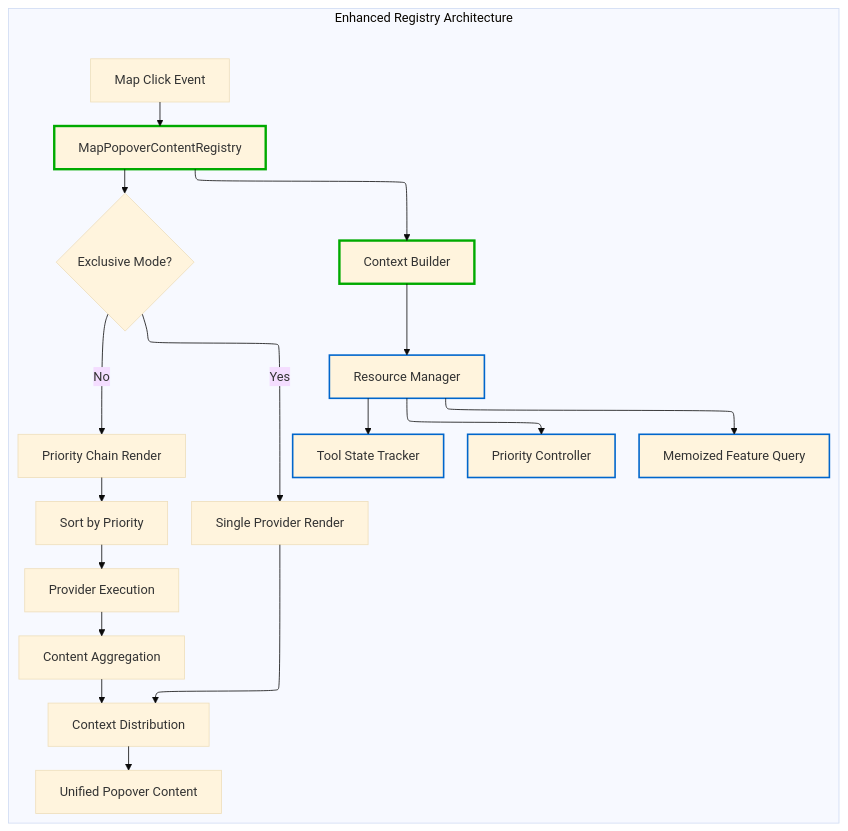
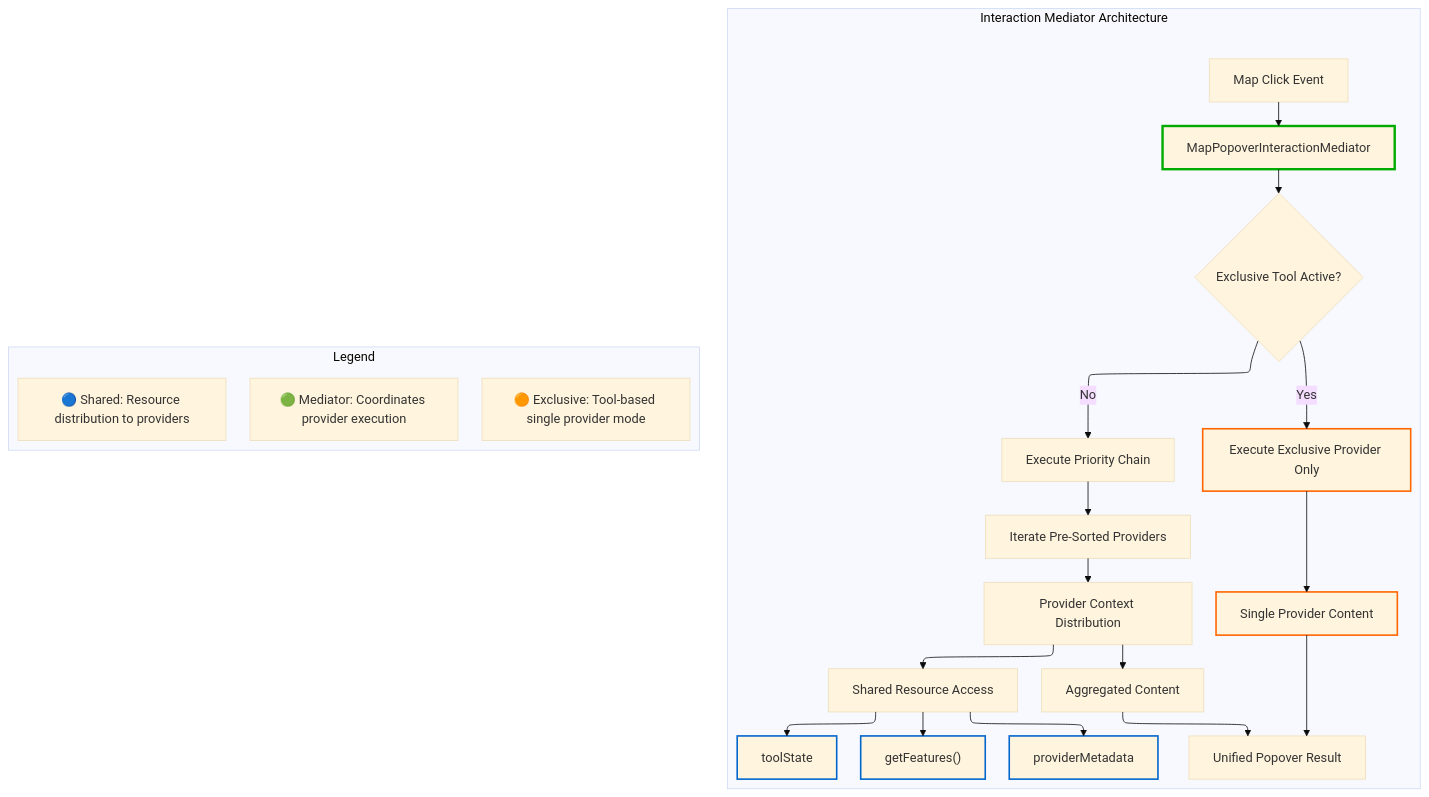
Before and after one commit to konturio/disaster-ninja-fe: the diagram in docs/architecture/ADR-007-Enhanced-MapPopover-Content-Provider-Architecture.md, drawn with Mermaid (base theme). The commit also changed other lines of this file, not shown here.

````diff
--- a/docs/architecture/ADR-007-Enhanced-MapPopover-Content-Provider-Architecture.md
+++ b/docs/architecture/ADR-007-Enhanced-MapPopover-Content-Provider-Architecture.md
@@ -27,33 +27,42 @@
 ```mermaid
 ---
 config:
   layout: elk
 ---
 graph TD
-    subgraph "Enhanced Registry Architecture"
-        A["Map Click Event"] --> B["MapPopoverContentRegistry"]
-        B --> C["Context Builder"]
-        C --> D["Resource Manager"]
+    subgraph "Interaction Mediator Architecture"
+        A["Map Click Event"] --> B["MapPopoverInteractionMediator"]
 
-        D --> E["Memoized Feature Query"]
-        D --> F["Tool State Tracker"]
-        D --> G["Priority Controller"]
+        B --> C{Exclusive Tool Active?}
+        C -->|Yes| D["Execute Exclusive Provider Only"]
+        C -->|No| E["Execute Priority Chain"]
 
-        B --> H{Exclusive Mode?}
-        H -->|Yes| I["Single Provider Render"]
-        H -->|No| J["Priority Chain Render"]
+        E --> F["Iterate Pre-Sorted Providers"]
+        F --> G["Provider Context Distribution"]
 
-        J --> K["Sort by Priority"]
-        K --> L["Provider Execution"]
-        L --> M["Content Aggregation"]
+        G --> H["Shared Resource Access"]
+        H --> I["getFeatures()"]
+        H --> J["toolState"]
+        H --> K["providerMetadata"]
 
-        I --> N["Context Distribution"]
+        D --> L["Single Provider Content"]
+        G --> M["Aggregated Content"]
+
+        L --> N["Unified Popover Result"]
         M --> N
-        N --> O["Unified Popover Content"]
 
-        classDef coordinator stroke:#00aa00,stroke-width:3px
-        classDef resource stroke:#0066cc,stroke-width:2px
-        class B,C coordinator
-        class D,E,F,G resource
+        classDef mediator stroke:#00aa00,stroke-width:3px
+        classDef exclusive stroke:#ff6600,stroke-width:2px
+        classDef shared stroke:#0066cc,stroke-width:2px
+
+        class B mediator
+        class D,L exclusive
+        class I,J,K shared
+    end
+
+    subgraph "Legend"
+        P["🟢 Mediator: Coordinates provider execution"]
+        Q["🟠 Exclusive: Tool-based single provider mode"]
+        R["🔵 Shared: Resource distribution to providers"]
     end
 ```
````
